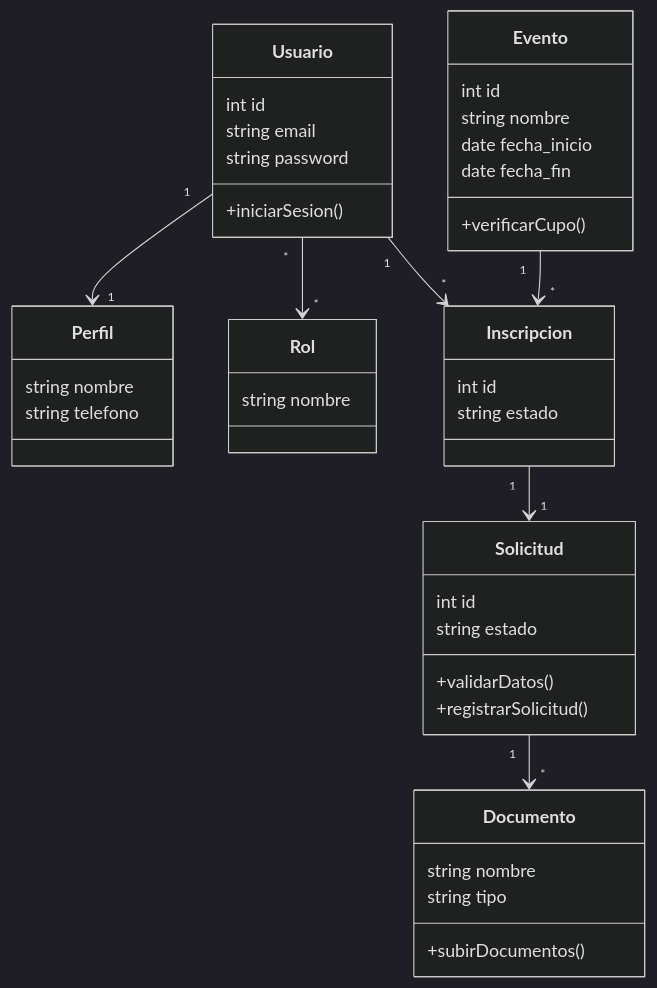
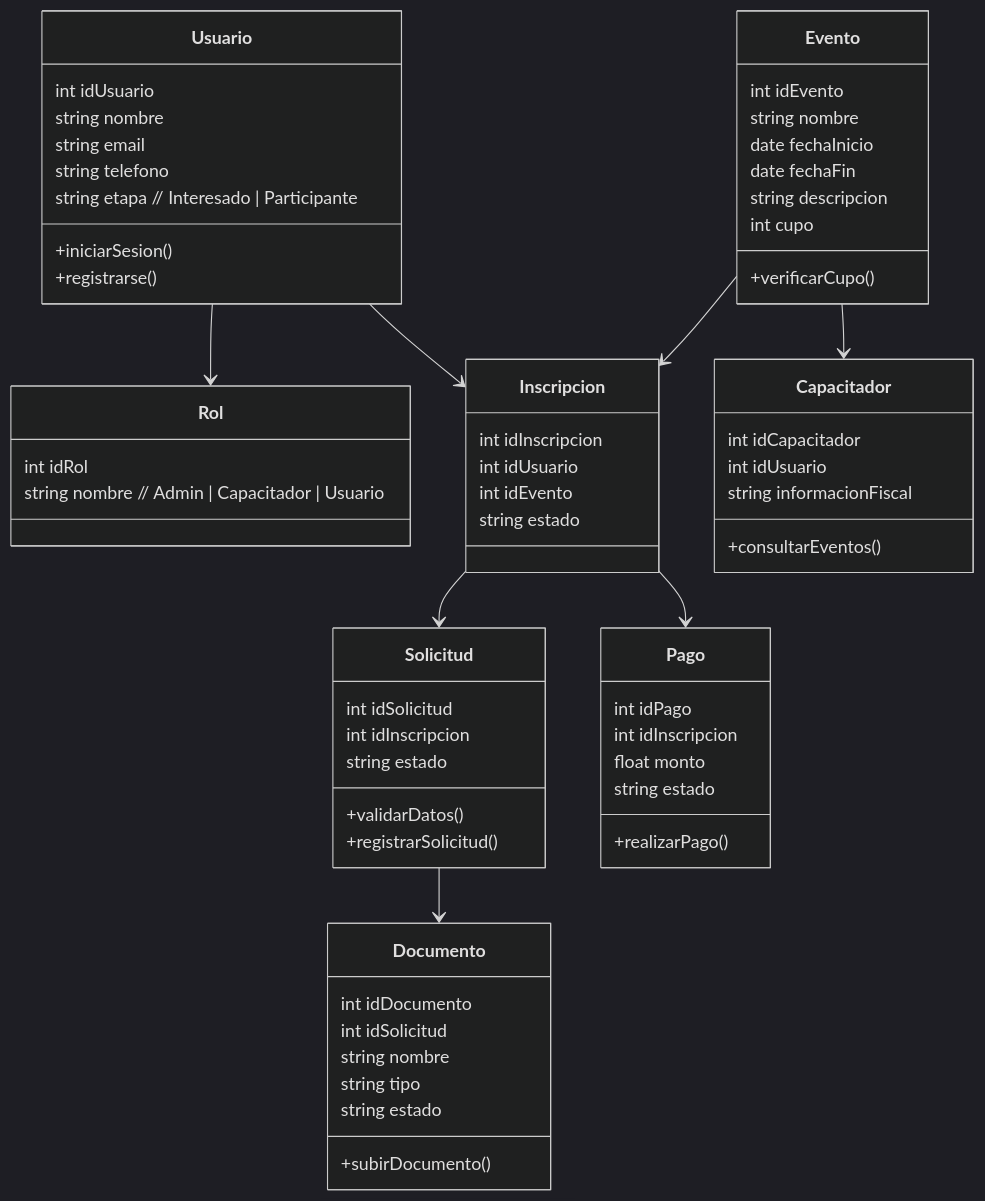
The diagram in docs/uml/nuevodiagramaClases.md (Killercrod/SoftwareDesign), drawn with Mermaid (dark theme) before and after one commit.

````diff
--- a/docs/uml/nuevodiagramaClases.md
+++ b/docs/uml/nuevodiagramaClases.md
@@ -1,53 +1,77 @@
 ```mermaid
 classDiagram
 
 class Usuario {
-  int id
+  int idUsuario
+  string nombre
   string email
-  string password
+  string telefono
+  string etapa   // Interesado | Participante
   +iniciarSesion()
-}
-
-class Perfil {
-  string nombre
-  string telefono
+  +registrarse()
 }
 
 class Rol {
-  string nombre
+  int idRol
+  string nombre  // Admin | Capacitador | Usuario
 }
 
 class Evento {
-  int id
+  int idEvento
   string nombre
-  date fecha_inicio
-  date fecha_fin
+  date fechaInicio
+  date fechaFin
+  string descripcion
+  int cupo
   +verificarCupo()
 }
 
 class Inscripcion {
-  int id
+  int idInscripcion
+  int idUsuario
+  int idEvento
   string estado
 }
 
 class Solicitud {
-  int id
+  int idSolicitud
+  int idInscripcion
   string estado
   +validarDatos()
   +registrarSolicitud()
 }
 
 class Documento {
+  int idDocumento
+  int idSolicitud
   string nombre
   string tipo
-  +subirDocumentos()
+  string estado
+  +subirDocumento()
 }
 
-Usuario "1" --> "1" Perfil
-Usuario "*" --> "*" Rol
-Usuario "1" --> "*" Inscripcion
+class Pago {
+  int idPago
+  int idInscripcion
+  float monto
+  string estado
+  +realizarPago()
+}
 
-Evento "1" --> "*" Inscripcion
-Inscripcion "1" --> "1" Solicitud
-Solicitud "1" --> "*" Documento
+class Capacitador {
+  int idCapacitador
+  int idUsuario
+  string informacionFiscal
+  +consultarEventos()
+}
+
+Usuario --> Rol
+Usuario --> Inscripcion
+
+Evento --> Inscripcion
+Inscripcion --> Solicitud
+Solicitud --> Documento
+Inscripcion --> Pago
+
+Evento --> Capacitador
 ```
````
